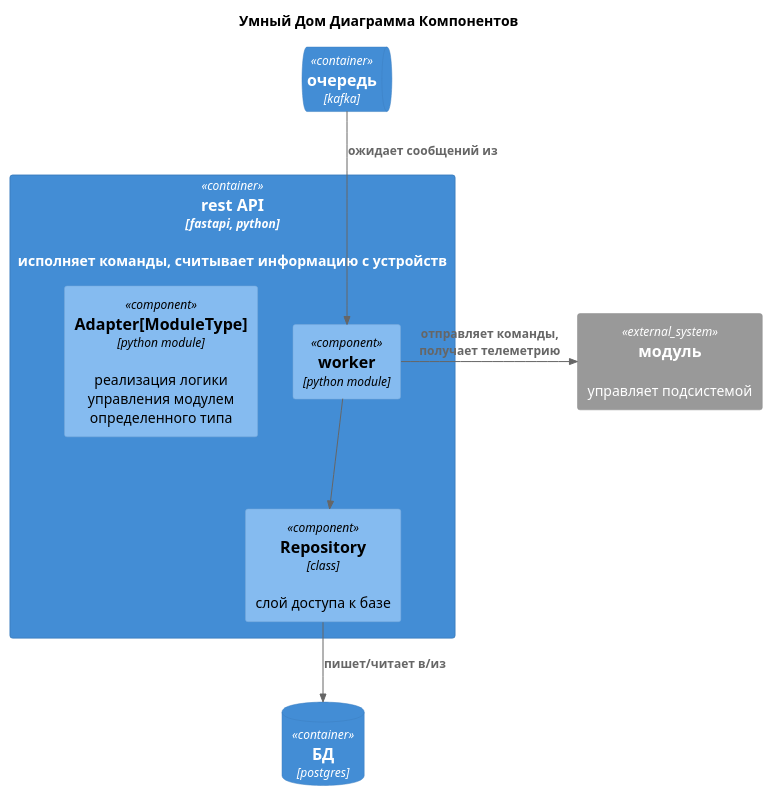
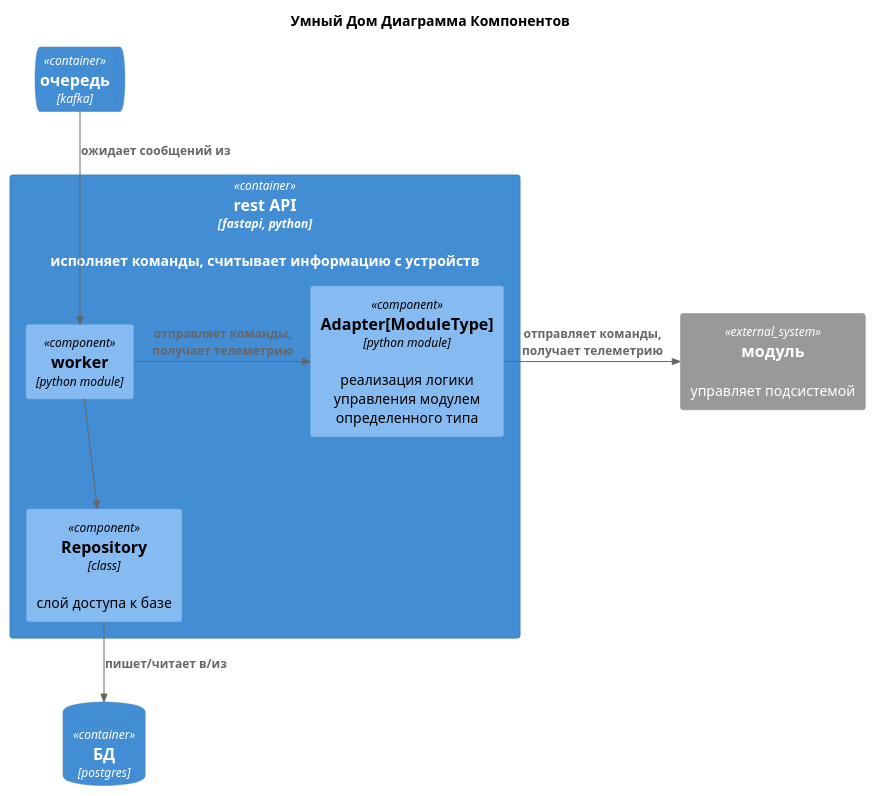
The diagram in smart-home-microservices/worker/doc/Components.puml (demon-mhm/architecture-sprint-3), drawn with PlantUML before and after one commit. The commit also changed 19 other files, not shown here.

```diff
--- a/smart-home-microservices/worker/doc/Components.puml
+++ b/smart-home-microservices/worker/doc/Components.puml
@@ -1,20 +1,21 @@
 @startuml
 
 title Умный Дом Диаграмма Компонентов
 !include https://raw.githubusercontent.com/plantuml-stdlib/C4-PlantUML/master/C4_Component.puml
 
 
 
 ContainerQueue(queue, "очередь", "kafka", )
 Container(api, "rest API", "fastapi, python", "исполняет команды, считывает информацию с устройств"){
     Component(worker, "worker", "python module", "")
     Component(adapter, "Adapter[ModuleType]", "python module", "реализация логики управления модулем определенного типа")
     Component(repo, "Repository", "class", "слой доступа к базе")
     Rel_Down(worker, repo, "")
 }
 System_Ext(module, "модуль", "управляет подсистемой")
 ContainerDb(db, "БД", "postgres", )
 Rel_Down(repo, db, "пишет/читает в/из")
 Rel_Down(queue, worker, "ожидает сообщений из")
-Rel_Right(worker, module, "отправляет команды, получает телеметрию")
+Rel_Right(worker, adapter, "отправляет команды, получает телеметрию")
+Rel_Right(adapter, module, "отправляет команды, получает телеметрию")
 @enduml
```
